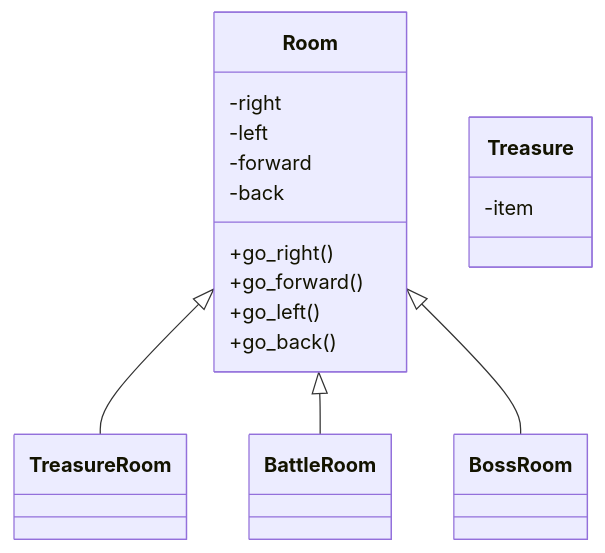
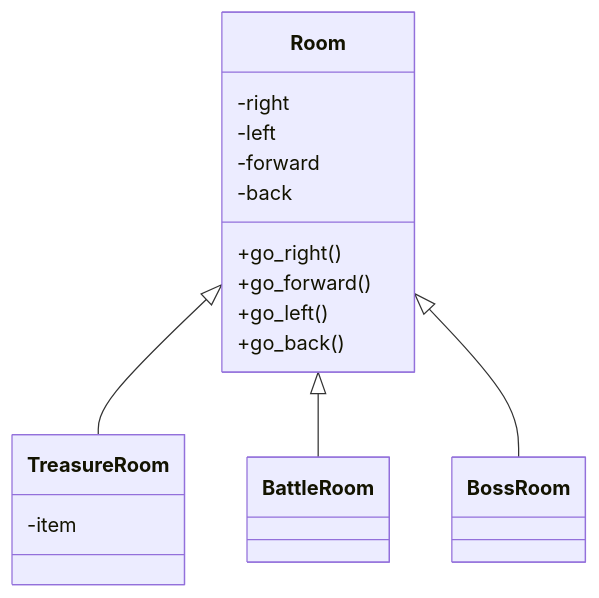
One commit to edward-yee-ny/j1-summary-project-private- changed the first of 3 diagrams in README.md. Above: the diagram before and after it, drawn with Mermaid.

````diff
--- a/README.md
+++ b/README.md
@@ -60,15 +60,15 @@
 ```mermaid
 classDiagram
     Room <|-- TreasureRoom
     Room <|-- BattleRoom
     Room <|-- BossRoom
     Room : -right
     Room : -left
     Room : -forward
     Room : -back
     Room : +go_right()
     Room : +go_forward()
     Room : +go_left()
     Room : +go_back()
-    Treasure : -item
+    TreasureRoom : -item
 ```
````
